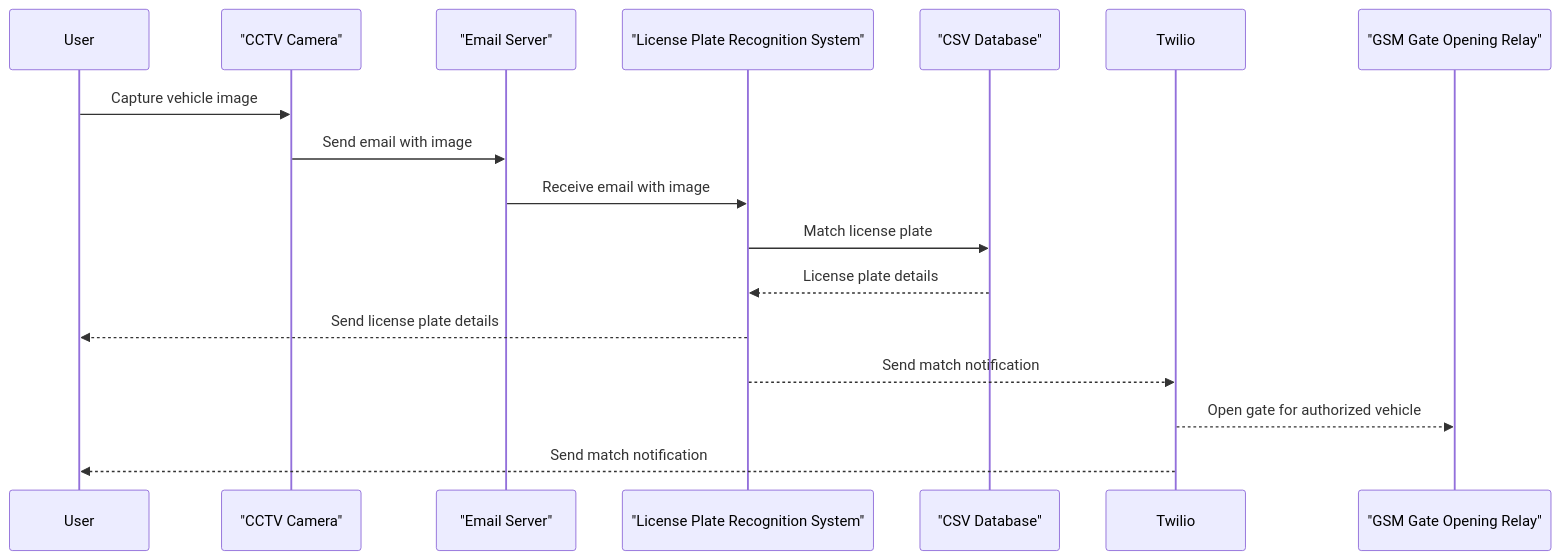
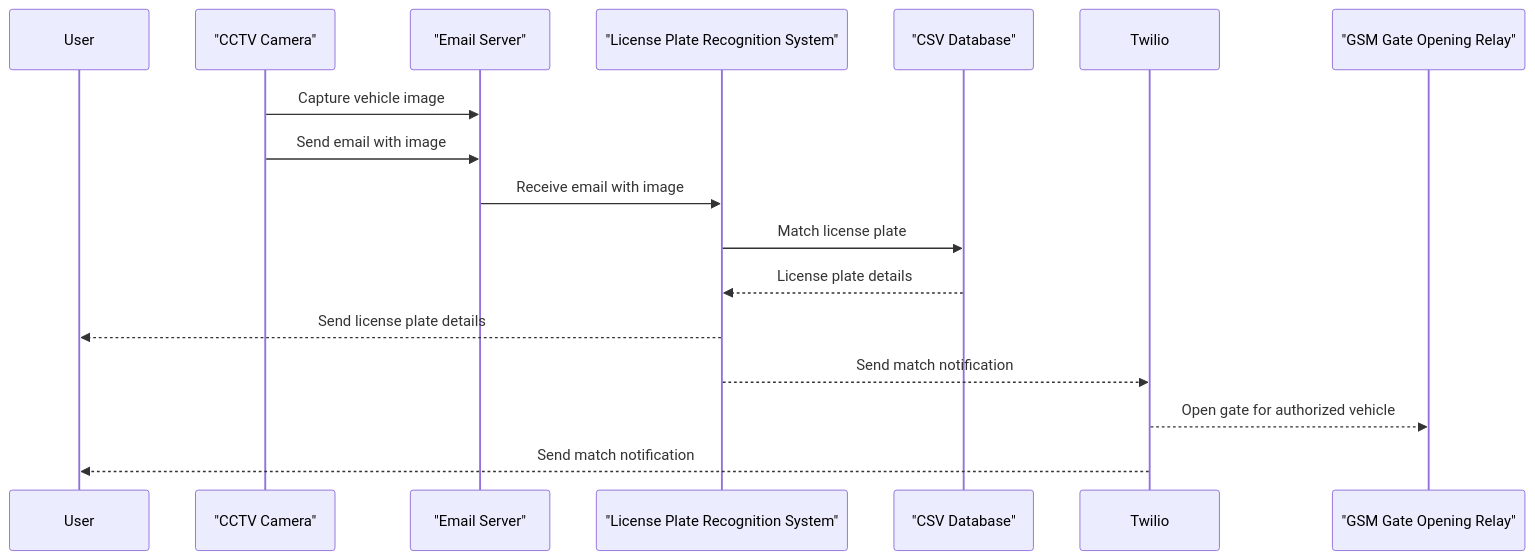
One commit to ciaran-finnegan/License-Plate-Recognition-Notifier changed the diagram in README.md. Above: the diagram before and after it, drawn with Mermaid. The commit also changed other lines of this file, not shown here.

````diff
--- a/README.md
+++ b/README.md
@@ -9,20 +9,20 @@
 ```mermaid
 sequenceDiagram
     participant User
     participant Camera as "CCTV Camera"
     participant EmailServer as "Email Server"
     participant PlateRecognizer as "License Plate Recognition System"
     participant Database as "CSV Database"
     participant Twilio
     participant GateRelay as "GSM Gate Opening Relay"
 
-    User ->> Camera: Capture vehicle image
+    Camera ->> EmailServer: Capture vehicle image
     Camera ->> EmailServer: Send email with image
     EmailServer ->> PlateRecognizer: Receive email with image
     PlateRecognizer ->> Database: Match license plate
     Database -->> PlateRecognizer: License plate details
     PlateRecognizer -->> User: Send license plate details
     PlateRecognizer -->> Twilio: Send match notification
     Twilio -->> GateRelay: Open gate for authorized vehicle
     Twilio -->> User: Send match notification
 ```
````
